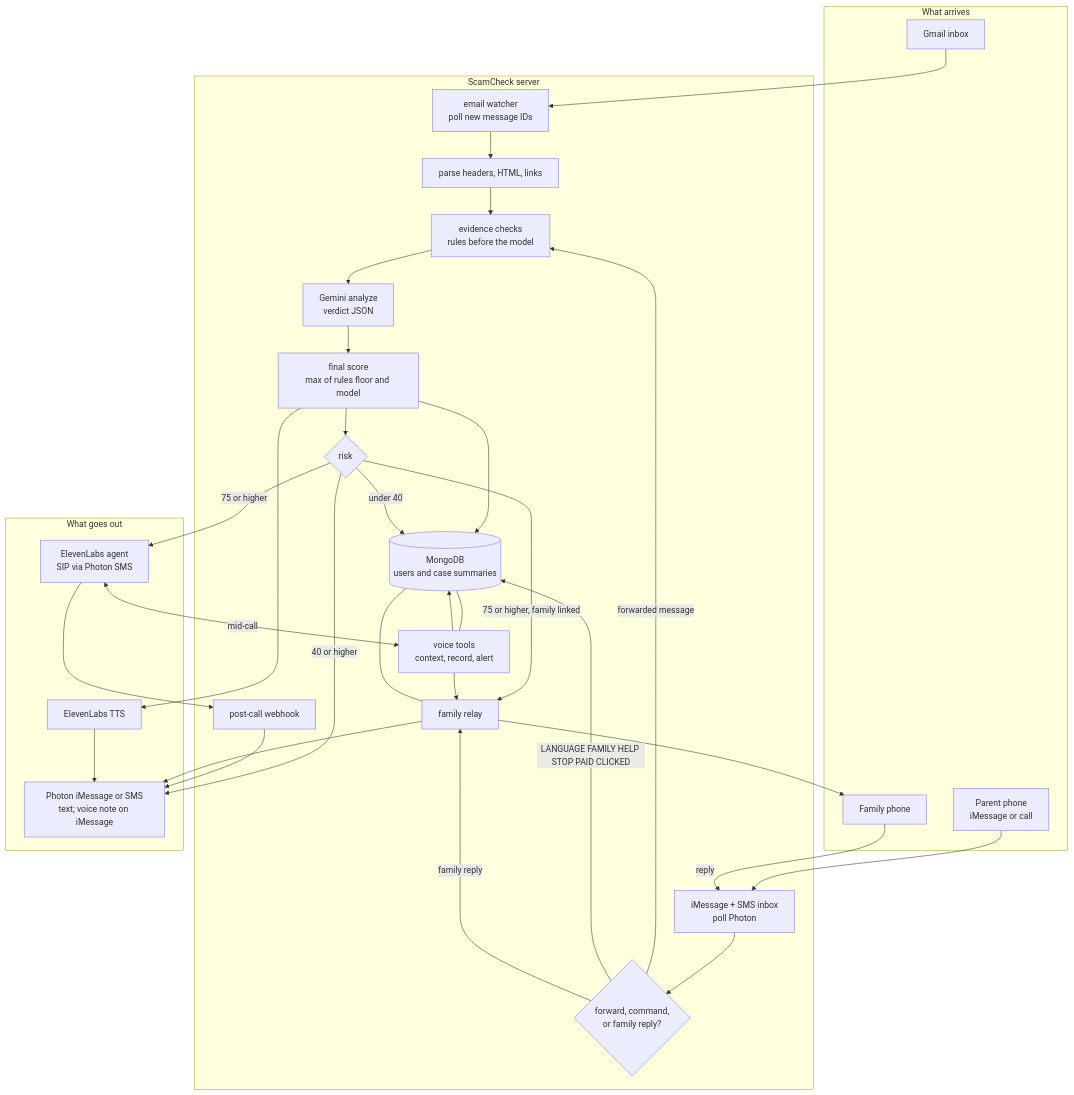
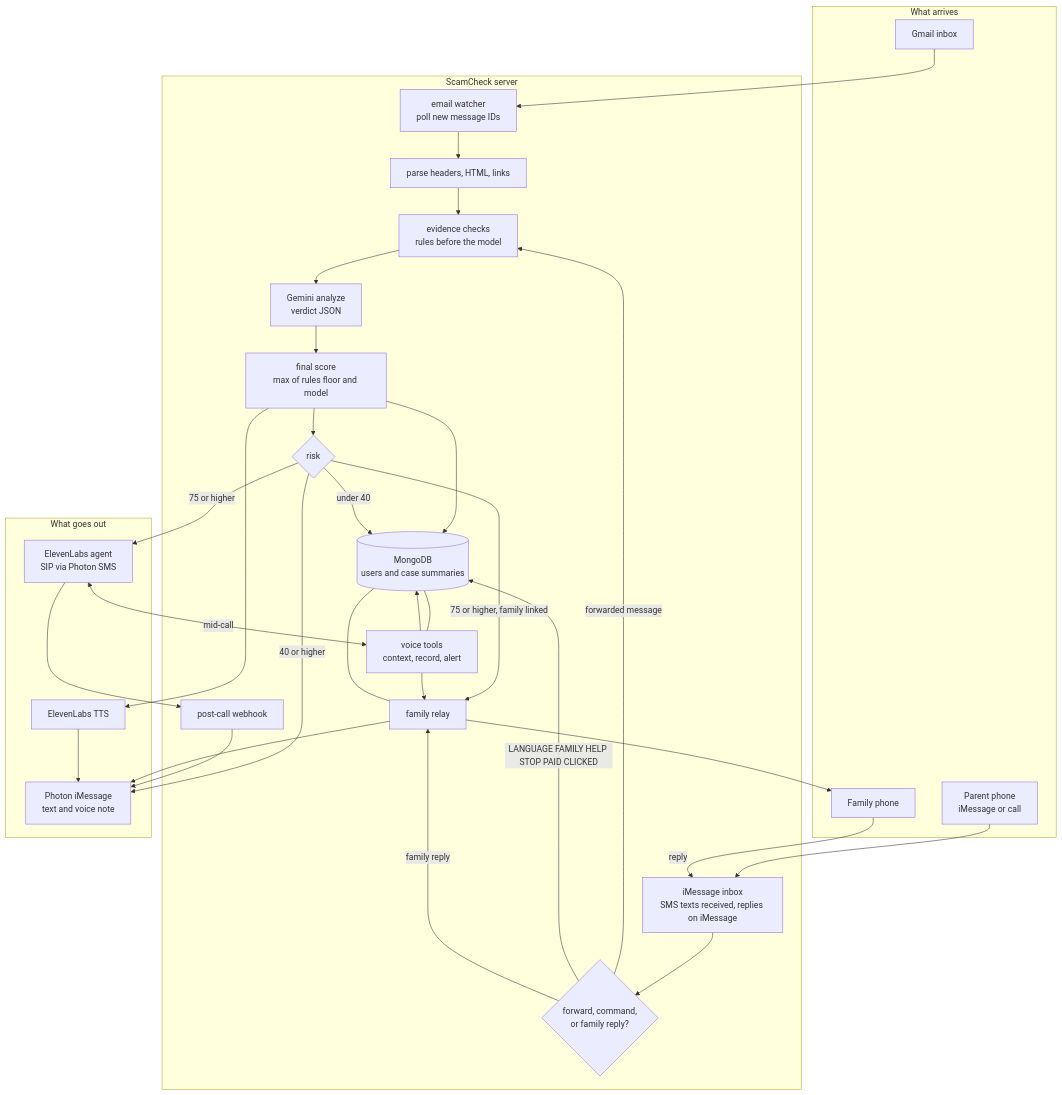
Before and after one commit to aryank09/ScamCheck: the diagram in README.md, drawn with Mermaid. The commit also changed other lines of this file and 13 other files, not shown here.

First line of the commit message:
Send every text on iMessage and keep SMS for voice.

````diff
--- a/README.md
+++ b/README.md
@@ -29,52 +29,52 @@
 ```mermaid
 flowchart TB
   subgraph in ["What arrives"]
     Gmail["Gmail inbox"]
     Parent["Parent phone<br/>iMessage or call"]
     FamilyPhone["Family phone"]
   end
 
   subgraph server ["ScamCheck server"]
     Watcher["email watcher<br/>poll new message IDs"]
     Parse["parse headers, HTML, links"]
-    Inbox["iMessage + SMS inbox<br/>poll Photon"]
+    Inbox["iMessage inbox<br/>SMS texts received, replies on iMessage"]
     Route{"forward, command,<br/>or family reply?"}
     Evidence["evidence checks<br/>rules before the model"]
     Analyze["Gemini analyze<br/>verdict JSON"]
     Score["final score<br/>max of rules floor and model"]
     Cases[("MongoDB<br/>users and case summaries")]
     Notify{"risk"}
     Relay["family relay"]
     Tools["voice tools<br/>context, record, alert"]
     PostCall["post-call webhook"]
   end
 
   subgraph out ["What goes out"]
-    Text["Photon iMessage or SMS<br/>text; voice note on iMessage"]
+    Text["Photon iMessage<br/>text and voice note"]
     Call["ElevenLabs agent<br/>SIP via Photon SMS"]
     TTS["ElevenLabs TTS"]
   end
 
   Gmail --> Watcher --> Parse --> Evidence
   Parent --> Inbox --> Route
   Route -->|forwarded message| Evidence
   Route -->|LANGUAGE FAMILY HELP STOP PAID CLICKED| Cases
   Evidence --> Analyze --> Score --> Cases
   Score --> Notify
   Notify -->|"75 or higher"| Call
   Notify -->|"40 or higher"| Text
   Notify -->|"75 or higher, family linked"| Relay
   Notify -->|"under 40"| Cases
   TTS --> Text
   Score --> TTS
   Call <-->|"mid-call"| Tools
   Tools --> Cases
   Tools --> Relay
   Call --> PostCall --> Text
   Relay --> FamilyPhone
   FamilyPhone -->|reply| Inbox
   Route -->|family reply| Relay
   Relay --> Text
   Cases --- Tools
   Cases --- Relay
 ```
````
